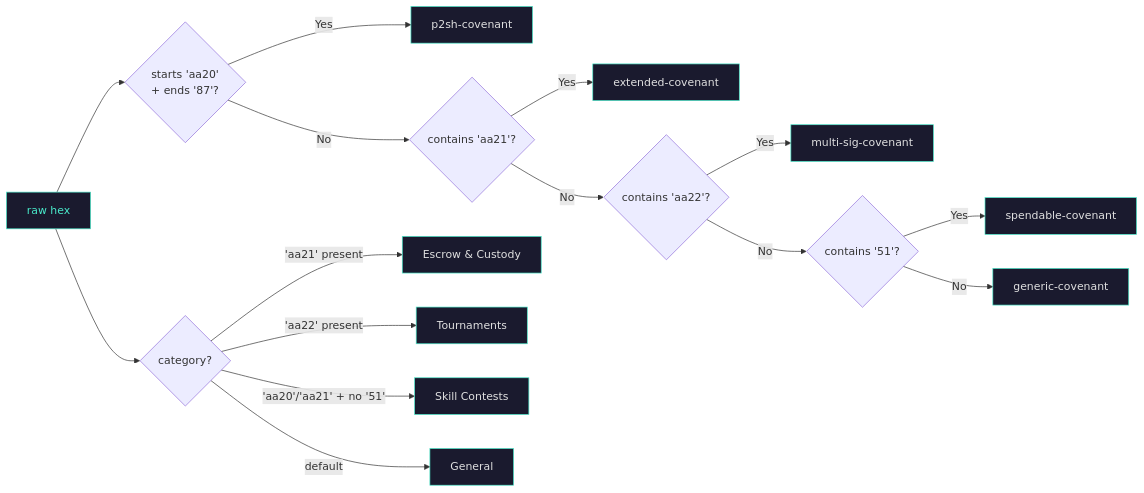
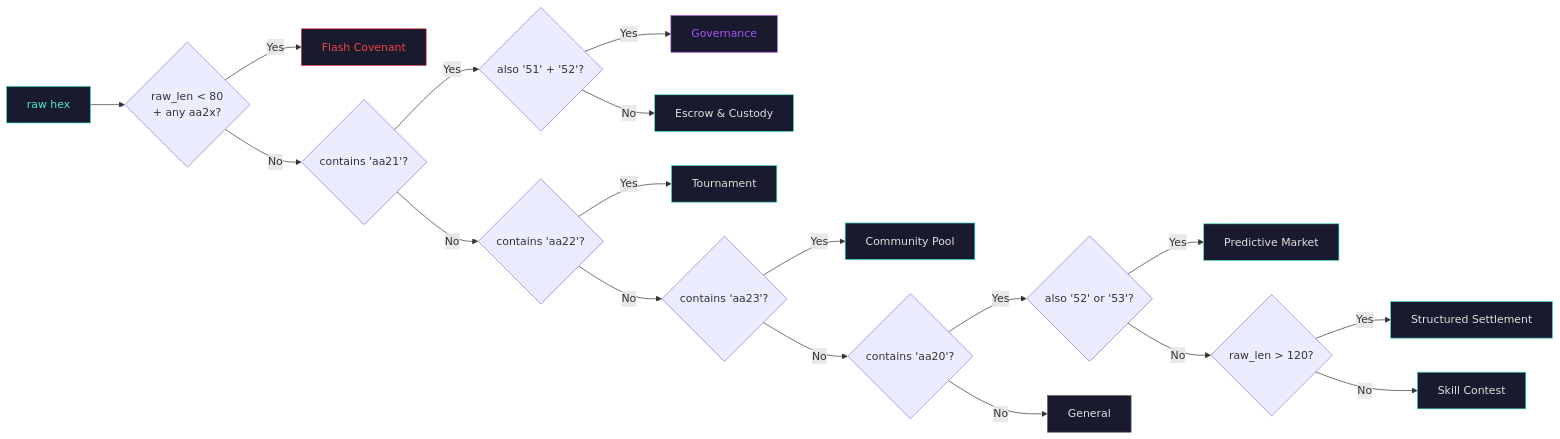
Before and after one commit to THTProtocol/Covex27: the second of 2 diagrams in README.md, drawn with Mermaid. The commit also changed other lines of this file and 2 other files, not shown here.

Commit message:
feat: 9-category covenant classification — Flash, Governance, Predictive, Structured, CommunityPool, Escrow, Tournament, Skill, General
- CovenantCategory::from_script_ops() now detects all 9 categories with heuristic rules
- Crawler categorize() delegates to shared from_script_ops() (no more duplication)
- Crawler classify() gains aa23 -> community-pool-covenant
- README classification diagram updated: full 9-branch Mermaid, 2 separate tables for categories vs types

````diff
--- a/README.md
+++ b/README.md
@@ -117,29 +117,31 @@
 ```mermaid
 graph LR
-    Hex["raw hex"] --> P1{"starts 'aa20'<br>+ ends '87'?"}
-    P1 -->|Yes| P2SH["p2sh-covenant"]
-    P1 -->|No| P2{"contains 'aa21'?"}
-    P2 -->|Yes| Extended["extended-covenant"]
-    P2 -->|No| P3{"contains 'aa22'?"}
-    P3 -->|Yes| MultiSig["multi-sig-covenant"]
-    P3 -->|No| P4{"contains '51'?"}
-    P4 -->|Yes| Spendable["spendable-covenant"]
-    P4 -->|No| Generic["generic-covenant"]
-
-    Hex --> Cat{"category?"}
-    Cat -->|"'aa21' present"| Escrow["Escrow & Custody"]
-    Cat -->|"'aa22' present"| Tournament["Tournaments"]
-    Cat -->|"'aa20'/'aa21' + no '51'"| Skill["Skill Contests"]
-    Cat -->|default| General["General"]
+    Hex["raw hex"] --> Flash{"raw_len < 80<br>+ any aa2x?"}
+    Flash -->|Yes| FlashOut["Flash Covenant"]
+    Flash -->|No| E1{"contains 'aa21'?"}
+    E1 -->|Yes| Gov{"also '51' + '52'?"}
+    Gov -->|Yes| Governance["Governance"]
+    Gov -->|No| Escrow["Escrow & Custody"]
+    E1 -->|No| E2{"contains 'aa22'?"}
+    E2 -->|Yes| Tournament["Tournament"]
+    E2 -->|No| E3{"contains 'aa23'?"}
+    E3 -->|Yes| Pool["Community Pool"]
+    E3 -->|No| E4{"contains 'aa20'?"}
+    E4 -->|Yes| Pred{"also '52' or '53'?"}
+    Pred -->|Yes| Predictive["Predictive Market"]
+    Pred -->|No| Struct{"raw_len > 120?"}
+    Struct -->|Yes| Settlement["Structured Settlement"]
+    Struct -->|No| Skill["Skill Contest"]
+    E4 -->|No| General["General"]
 
     style Hex fill:#1A1A2E,stroke:#49EACB,color:#49EACB
-    style P2SH fill:#1A1A2E,stroke:#49EACB,color:#E0E0E0
-    style Extended fill:#1A1A2E,stroke:#49EACB,color:#E0E0E0
-    style MultiSig fill:#1A1A2E,stroke:#49EACB,color:#E0E0E0
-    style Spendable fill:#1A1A2E,stroke:#49EACB,color:#E0E0E0
-    style Generic fill:#1A1A2E,stroke:#49EACB,color:#E0E0E0
+    style FlashOut fill:#1A1A2E,stroke:#EF4444,color:#EF4444
+    style Governance fill:#1A1A2E,stroke:#A855F7,color:#A855F7
     style Escrow fill:#1A1A2E,stroke:#49EACB,color:#E0E0E0
     style Tournament fill:#1A1A2E,stroke:#49EACB,color:#E0E0E0
+    style Pool fill:#1A1A2E,stroke:#49EACB,color:#E0E0E0
+    style Predictive fill:#1A1A2E,stroke:#49EACB,color:#E0E0E0
+    style Settlement fill:#1A1A2E,stroke:#49EACB,color:#E0E0E0
     style Skill fill:#1A1A2E,stroke:#49EACB,color:#E0E0E0
-    style General fill:#1A1A2E,stroke:#49EACB,color:#E0E0E0
+    style General fill:#1A1A2E,stroke:#666,color:#E0E0E0
 ```
````
